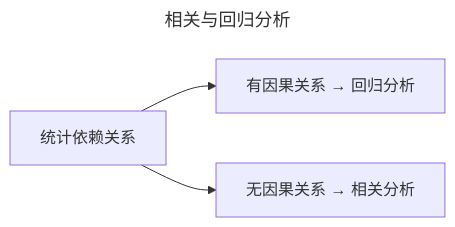
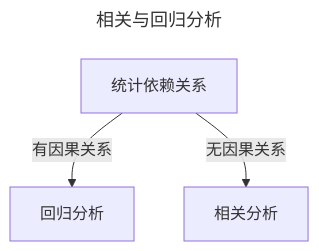
The third of 3 diagrams in 人工智能基础与应用/6.机器学习.md (chai-mi/note), drawn with Mermaid before and after one commit. The commit also changed other lines of this file, not shown here.

````diff
--- a/人工智能基础与应用/6.机器学习.md
+++ b/人工智能基础与应用/6.机器学习.md
@@ -153,8 +140,8 @@
 ```mermaid
 ---
 title: 相关与回归分析
 ---
-graph LR
-    A[统计依赖关系] --> D1[有因果关系 → 回归分析]
-    A[统计依赖关系] --> D2[无因果关系 → 相关分析]
+graph TD
+    A[统计依赖关系] --有因果关系--> D1[回归分析]
+    A[统计依赖关系] --无因果关系--> D2[相关分析]
 ```
````
